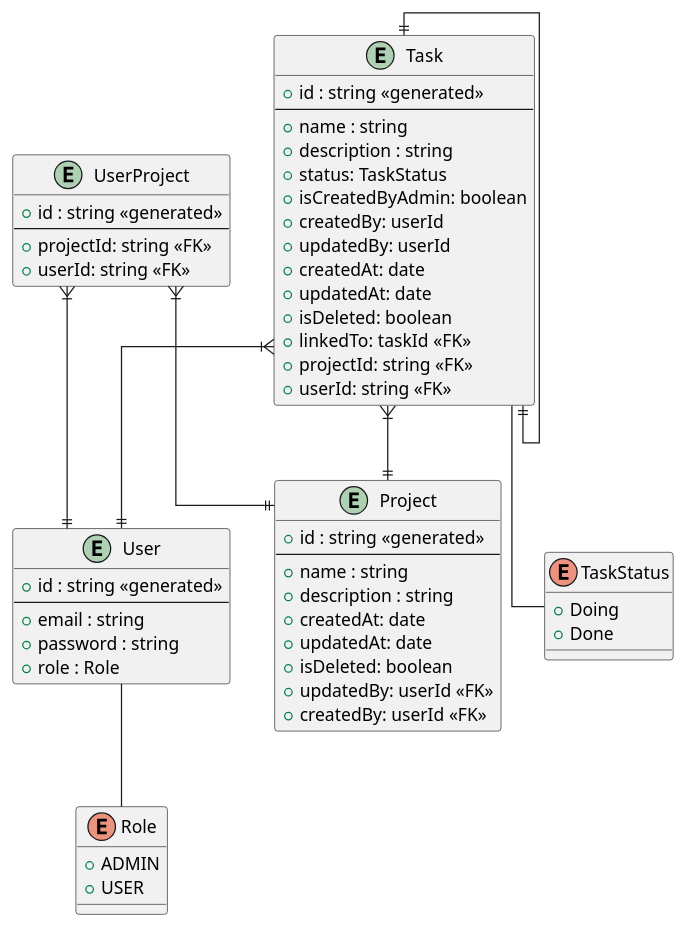
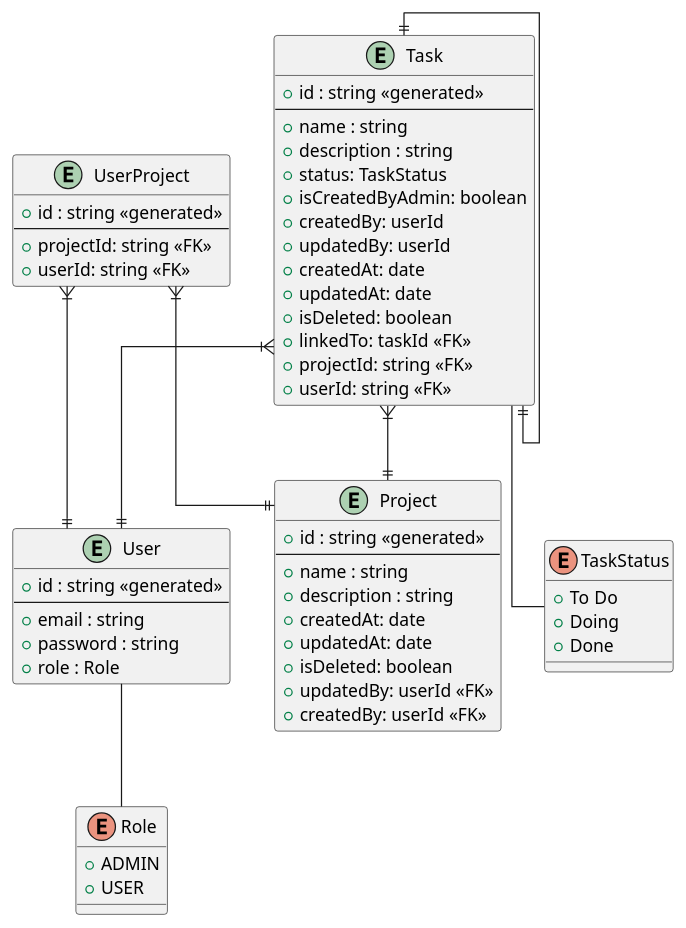
One commit to TienDat57/TodoList-Loopback changed the diagram in docs/ERD.wsd. Above: the diagram before and after it, drawn with PlantUML. The commit also changed 12 other files, not shown here.

Commit message:
TL - 02 | add model same ERD

```diff
--- a/docs/ERD.wsd
+++ b/docs/ERD.wsd
@@ -1,71 +1,72 @@
 @startuml TodoList-Loopback
 
 skinparam linetype ortho
 
 entity Project {
   + id : string <<generated>>
   --
   + name : string
   + description : string
   + createdAt: date
   + updatedAt: date
   + isDeleted: boolean
   + updatedBy: userId <<FK>>
   + createdBy: userId <<FK>>
 }
 
 entity User {
   + id : string <<generated>>
   --
   + email : string
   + password : string
   + role : Role
 }
 
-enum Role {
-  + ADMIN
-  + USER
-}
-
 entity Task {
   + id : string <<generated>>
   --
   + name : string
   + description : string
   + status: TaskStatus
   + isCreatedByAdmin: boolean
   + createdBy: userId
   + updatedBy: userId
   + createdAt: date
   + updatedAt: date
   + isDeleted: boolean
   + linkedTo: taskId <<FK>>
   + projectId: string <<FK>>
   + userId: string <<FK>>
 }
 
+enum Role {
+  + ADMIN
+  + USER
+}
+
 enum TaskStatus {
-  +Doing
-  +Done
+  + To Do
+  + Doing
+  + Done
 }
 
 entity UserProject {
   + id : string <<generated>>
   --
   + projectId: string <<FK>>
   + userId: string <<FK>>
 }
 
 Task--TaskStatus
 
 User -- Role
 
+Task ||--||Task
+
 UserProject }|--|| User
 UserProject }|--|| Project
-
-Task ||--||Task
 
 Task }|--|| Project
 Task }|--|| User
 
 @enduml
```
